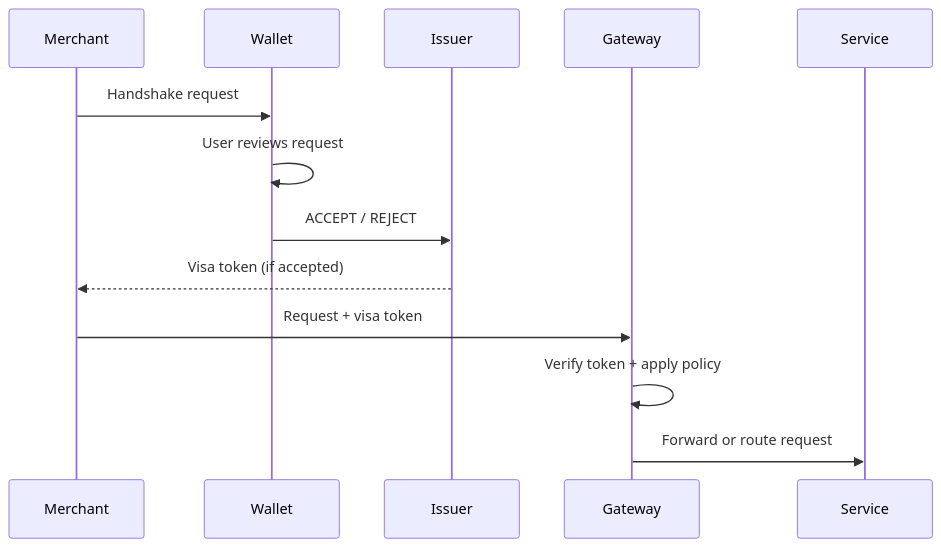
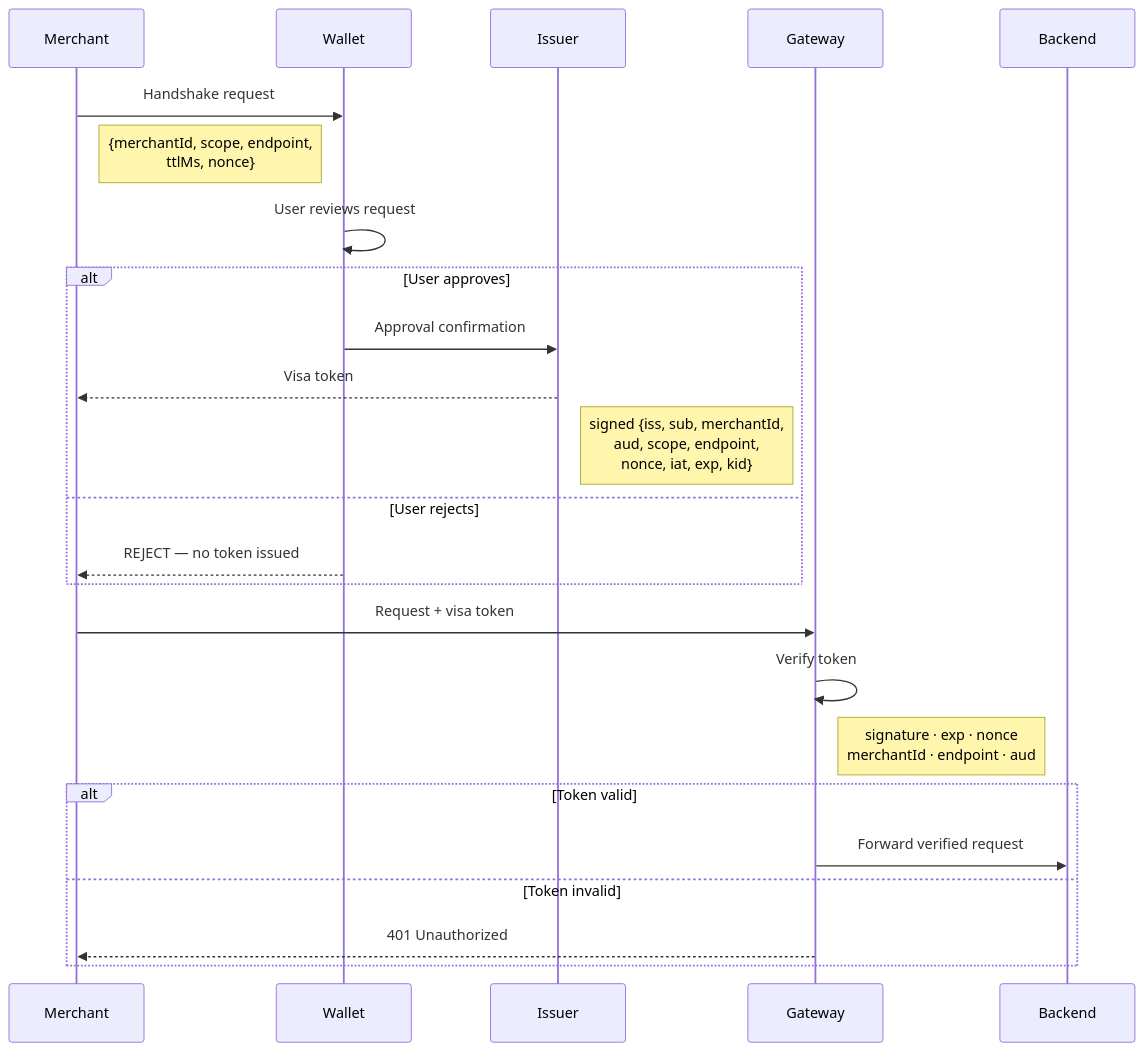
The diagram in diagrams/handshake_flow.mmd (Csnyi/VFA-Spec), drawn with Mermaid before and after one commit. The commit also changed 6 other files, not shown here.

```diff
--- a/diagrams/handshake_flow.mmd
+++ b/diagrams/handshake_flow.mmd
@@ -1,14 +1,29 @@
 sequenceDiagram
   participant Merchant
   participant Wallet
   participant Issuer
   participant Gateway
-  participant Service
+  participant Backend
 
   Merchant->>Wallet: Handshake request
+  Note right of Merchant: {merchantId, scope, endpoint,<br/>ttlMs, nonce}
+
   Wallet->>Wallet: User reviews request
-  Wallet->>Issuer: ACCEPT / REJECT
-  Issuer-->>Merchant: Visa token (if accepted)
+
+  alt User approves
+    Wallet->>Issuer: Approval confirmation
+    Issuer-->>Merchant: Visa token
+    Note right of Issuer: signed {iss, sub, merchantId,<br/>aud, scope, endpoint,<br/>nonce, iat, exp, kid}
+  else User rejects
+    Wallet-->>Merchant: REJECT — no token issued
+  end
+
   Merchant->>Gateway: Request + visa token
-  Gateway->>Gateway: Verify token + apply policy
-  Gateway->>Service: Forward or route request
+  Gateway->>Gateway: Verify token
+  Note right of Gateway: signature · exp · nonce<br/>merchantId · endpoint · aud
+
+  alt Token valid
+    Gateway->>Backend: Forward verified request
+  else Token invalid
+    Gateway-->>Merchant: 401 Unauthorized
+  end
```
